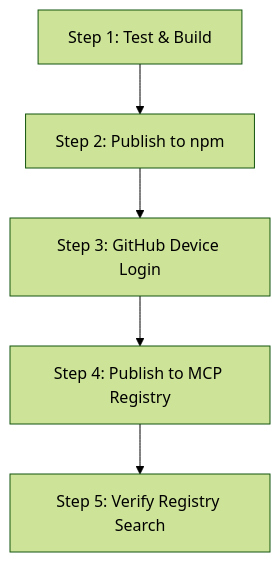
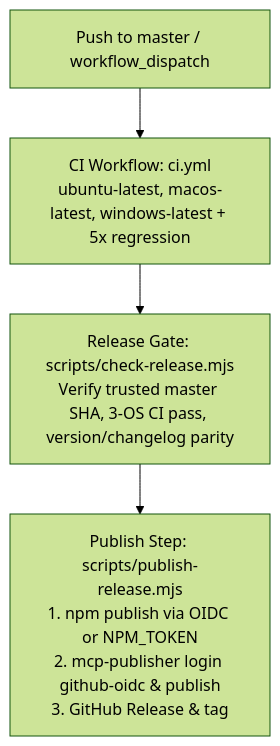
Before and after one commit to divenire990/omp-worker-mcp: the diagram in docs/registry-publishing.md, drawn with Mermaid (forest theme). The commit also changed other lines of this file and 20 other files, not shown here.

Commit message:
Release v0.2.0 with CI-gated npm and MCP Registry publishing

````diff
--- a/docs/registry-publishing.md
+++ b/docs/registry-publishing.md
@@ -37,7 +40,6 @@
 ```mermaid
 graph TD
-    A[Step 1: Test & Build] --> B[Step 2: Publish to npm]
-    B --> C[Step 3: GitHub Device Login]
-    C --> D[Step 4: Publish to MCP Registry]
-    D --> E[Step 5: Verify Registry Search]
+    A[Push to master / workflow_dispatch] --> B[CI Workflow: ci.yml<br/>ubuntu-latest, macos-latest, windows-latest + 5x regression]
+    B --> C[Release Gate: scripts/check-release.mjs<br/>Verify trusted master SHA, 3-OS CI pass, version/changelog parity]
+    C --> D[Publish Step: scripts/publish-release.mjs<br/>1. npm publish via OIDC or NPM_TOKEN<br/>2. mcp-publisher login github-oidc & publish<br/>3. GitHub Release & tag]
 ```
````
